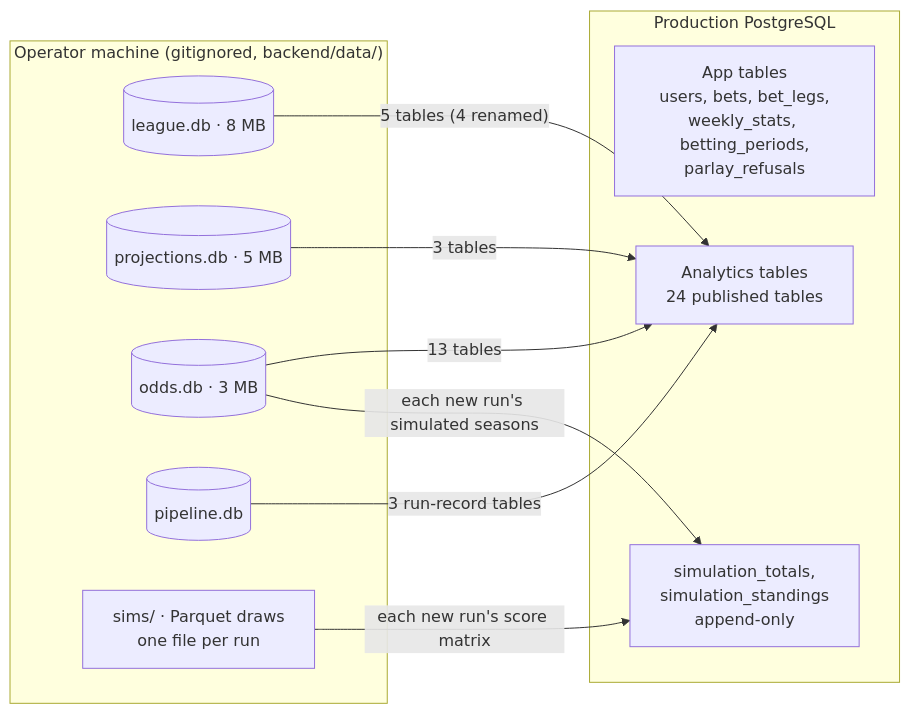
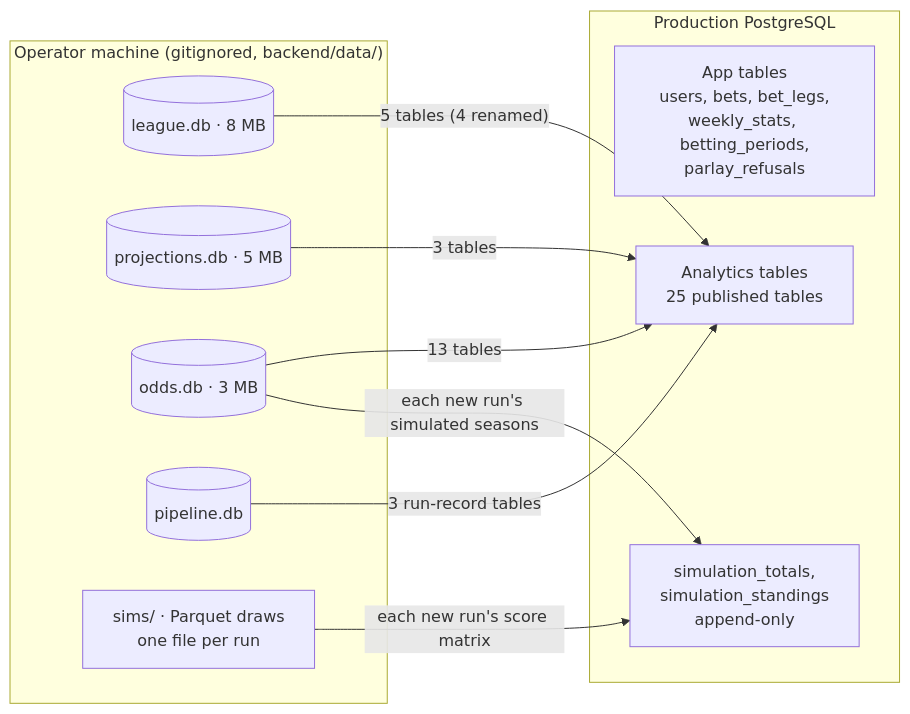
Before and after one commit to sfaizi24/TNCasino: the first of 3 diagrams in docs/architecture/04-data-model.md, drawn with Mermaid. The commit also changed other lines of this file and 16 other files, not shown here.

````diff
--- a/docs/architecture/04-data-model.md
+++ b/docs/architecture/04-data-model.md
@@ -7,21 +7,21 @@
 ```mermaid
 flowchart LR
     subgraph Local["Operator machine (gitignored, backend/data/)"]
         L[(league.db · 8 MB)]
         P[(projections.db · 5 MB)]
         O[(odds.db · 3 MB)]
         R[(pipeline.db)]
         D["sims/ · Parquet draws<br/>one file per run"]
     end
     subgraph PG["Production PostgreSQL"]
         APPT[App tables<br/>users, bets, bet_legs,<br/>weekly_stats, betting_periods,<br/>parlay_refusals]
-        ANT[Analytics tables<br/>24 published tables]
+        ANT[Analytics tables<br/>25 published tables]
         TOT[simulation_totals,<br/>simulation_standings<br/>append-only]
     end
     L -- "5 tables (4 renamed)" --> ANT
     P -- "3 tables" --> ANT
     O -- "13 tables" --> ANT
     R -- "3 run-record tables" --> ANT
     D -- "each new run's score matrix" --> TOT
     O -- "each new run's simulated seasons" --> TOT
 ```
````
